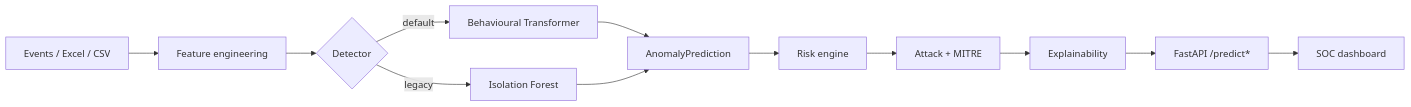
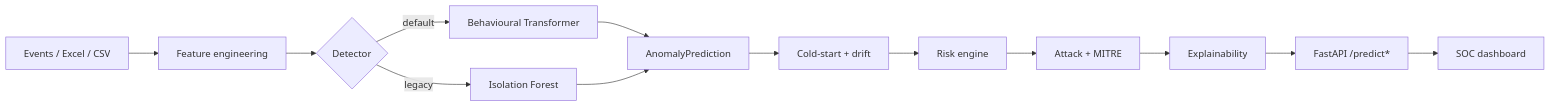
One commit to eshitaguptaa/SentinelAI-Behavioral-Threat-Detection changed the diagram in README.md. Above: the diagram before and after it, drawn with Mermaid. The commit also changed other lines of this file and 48 other files, not shown here.

````diff
--- a/README.md
+++ b/README.md
@@ -49,14 +51,15 @@
 ```mermaid
 flowchart LR
   A[Events / Excel / CSV] --> B[Feature engineering]
   B --> C{Detector}
   C -->|default| D[Behavioural Transformer]
   C -->|legacy| E[Isolation Forest]
   D --> F[AnomalyPrediction]
   E --> F
-  F --> G[Risk engine]
+  F --> CS[Cold-start + drift]
+  CS --> G[Risk engine]
   G --> H[Attack + MITRE]
   H --> I[Explainability]
   I --> J[FastAPI /predict*]
   J --> K[SOC dashboard]
 ```
````
